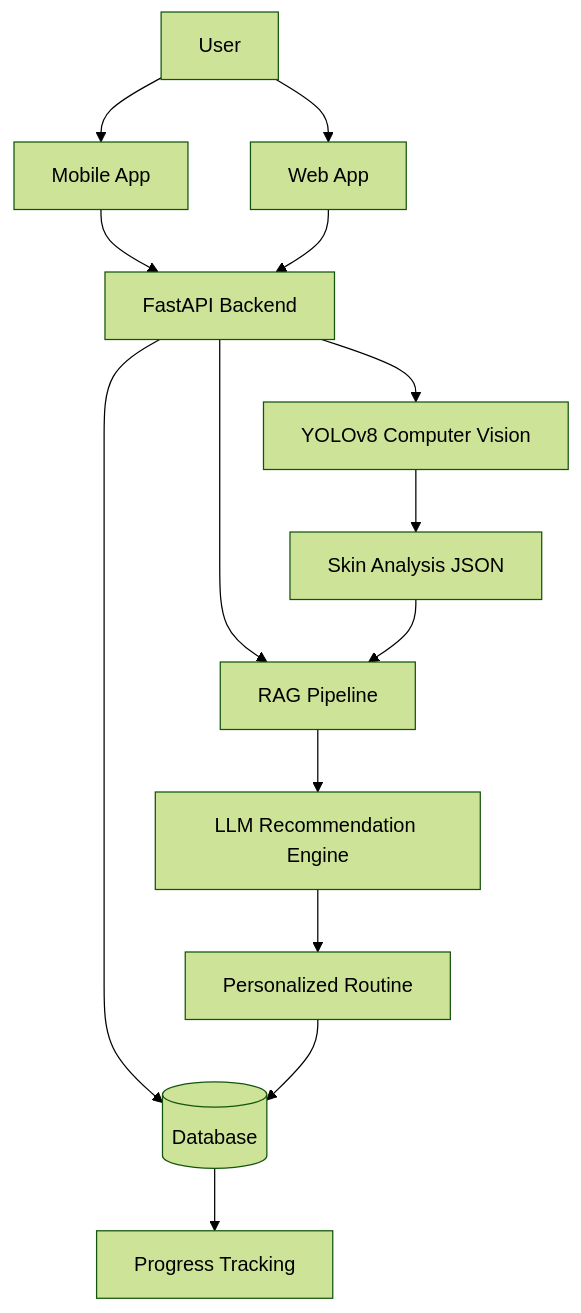
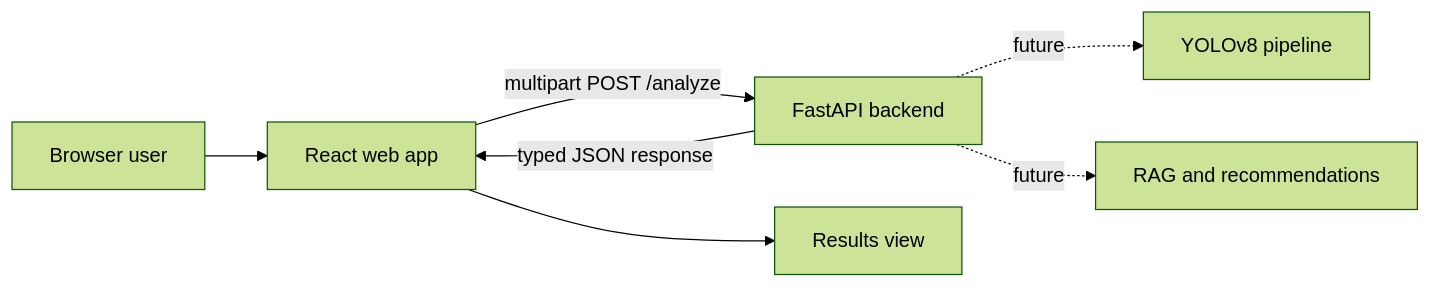
Before and after one commit to theotanjutco/glowli: the diagram in README.md, drawn with Mermaid (forest theme). The commit also changed other lines of this file and 22 other files, not shown here.

First line of the commit message:
feat: pivot Glowli to a web-first React app

````diff
--- a/README.md
+++ b/README.md
@@ -20,21 +23,10 @@
 ```mermaid
-flowchart TB
-    U[User] --> M[Mobile App]
-    U --> W[Web App]
+flowchart LR
+    U[Browser user] --> W[React web app]
+    W -->|multipart POST /analyze| API[FastAPI backend]
+    API -->|typed JSON response| W
+    W --> R[Results view]
 
-    M --> API[FastAPI Backend]
-    W --> API
-
-    API --> CV[YOLOv8 Computer Vision]
-    API --> RAG[RAG Pipeline]
-    API --> DB[(Database)]
-
-    CV --> JSON[Skin Analysis JSON]
-    JSON --> RAG
-
-    RAG --> LLM[LLM Recommendation Engine]
-    LLM --> ROUTINE[Personalized Routine]
-
-    ROUTINE --> DB
-    DB --> TRACK[Progress Tracking]
+    API -. future .-> CV[YOLOv8 pipeline]
+    API -. future .-> RAG[RAG and recommendations]
 ```
````
